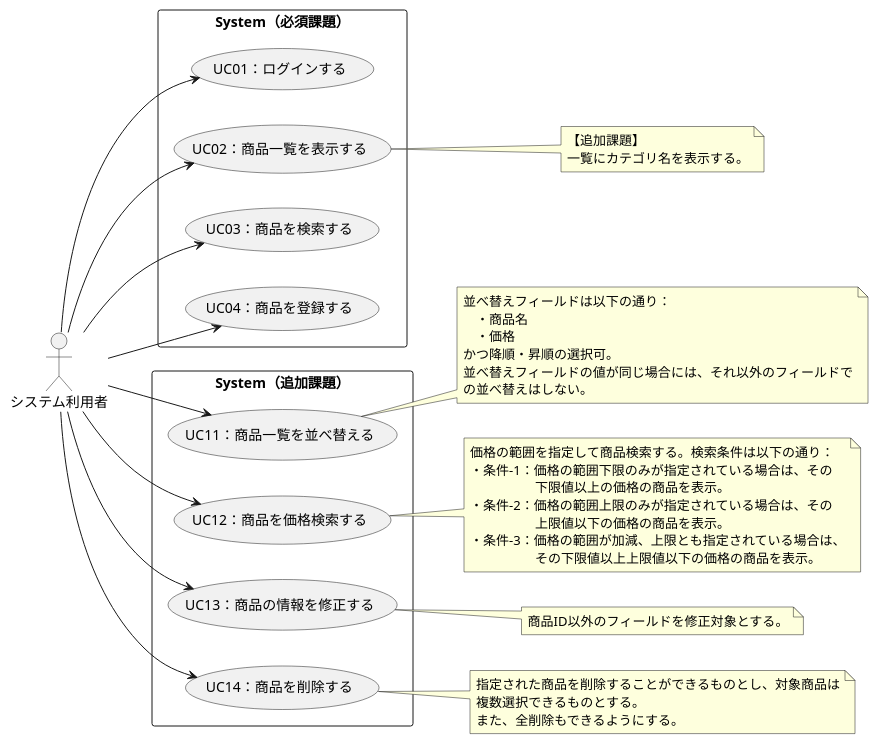
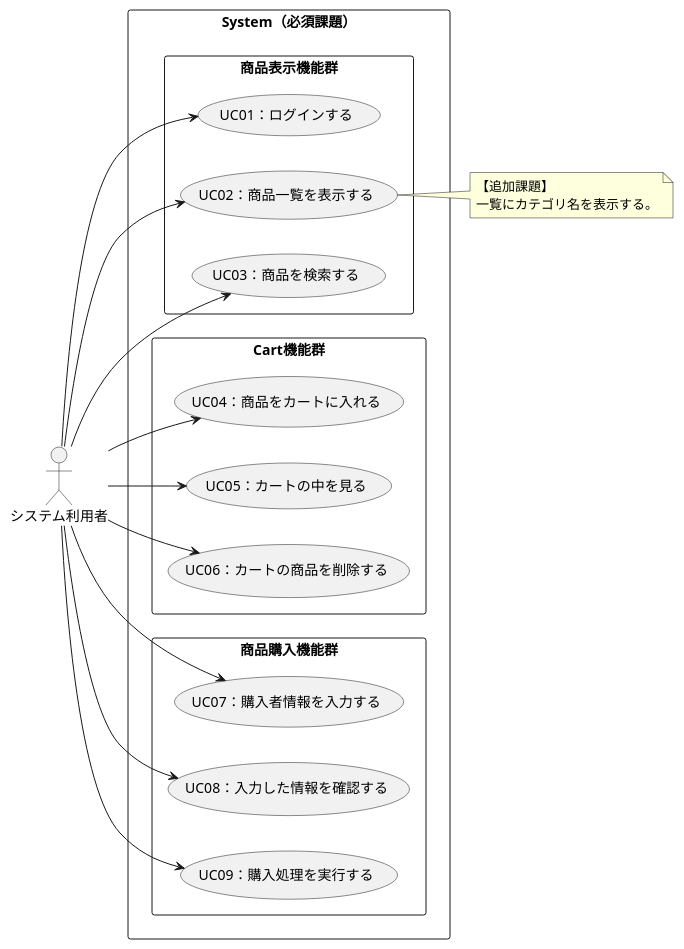
One commit to villageworks-tutor/spring-boot-ec changed the diagram in docs/uml/use-case.pu. Above: the diagram before and after it, drawn with PlantUML. The commit also changed 1 other file, not shown here.

Commit message:
revise and separate usecase diagrams

```diff
--- a/docs/uml/use-case.pu
+++ b/docs/uml/use-case.pu
@@ -1,60 +1,35 @@
 @startuml
 left to right direction
 actor "システム利用者" as usr
 rectangle System（必須課題） {
-	usecase "UC01：ログインする" as uc01
-	usecase "UC02：商品一覧を表示する" as uc02
-	usecase "UC03：商品を検索する" as uc03
-	usecase "UC04：商品を登録する" as uc04
+	rectangle 商品表示機能群 {
+		usecase "UC01：ログインする" as uc01
+		usecase "UC02：商品一覧を表示する" as uc02
+		usecase "UC03：商品を検索する" as uc03
+	}
+	rectangle Cart機能群 as cart{
+		usecase "UC04：商品をカートに入れる" as uc04
+		usecase "UC05：カートの中を見る" as uc05
+		usecase "UC06：カートの商品を削除する" as uc06
+	}
+	rectangle 商品購入機能群 {
+		usecase "UC07：購入者情報を入力する" as uc07
+		usecase "UC08：入力した情報を確認する" as uc08
+		usecase "UC09：購入処理を実行する" as uc09
+	}
 }
 note right of uc02 {
 	【追加課題】
 	一覧にカテゴリ名を表示する。
 }
 
-rectangle System（追加課題） {
-	usecase "UC11：商品一覧を並べ替える" as uc11
-	usecase "UC12：商品を価格検索する" as uc12
-	usecase "UC13：商品の情報を修正する" as uc13
-	usecase "UC14：商品を削除する" as uc14
-
-}
-
-note right of uc11
-	並べ替えフィールドは以下の通り：
-	　・商品名
-	　・価格
-	かつ降順・昇順の選択可。
-	並べ替えフィールドの値が同じ場合には、それ以外のフィールドで
-	の並べ替えはしない。
-end note
-
-note right of uc12
-	価格の範囲を指定して商品検索する。検索条件は以下の通り：
-	・条件-1：価格の範囲下限のみが指定されている場合は、その
-	　　　　　下限値以上の価格の商品を表示。
-	・条件-2：価格の範囲上限のみが指定されている場合は、その
-	　　　　　上限値以下の価格の商品を表示。
-	・条件-3：価格の範囲が加減、上限とも指定されている場合は、
-	　　　　　その下限値以上上限値以下の価格の商品を表示。
-end note
-
-note right of uc13
-	商品ID以外のフィールドを修正対象とする。
-end note
-
-note right of uc14
-	指定された商品を削除することができるものとし、対象商品は
-	複数選択できるものとする。
-	また、全削除もできるようにする。
-end note
-
 usr --> uc01
 usr --> uc02
 usr --> uc03
 usr --> uc04
-usr --> uc11
-usr --> uc12
-usr --> uc13
-usr --> uc14
+usr --> uc05
+usr --> uc06
+usr --> uc07
+usr --> uc08
+usr --> uc09
 @enduml
```
